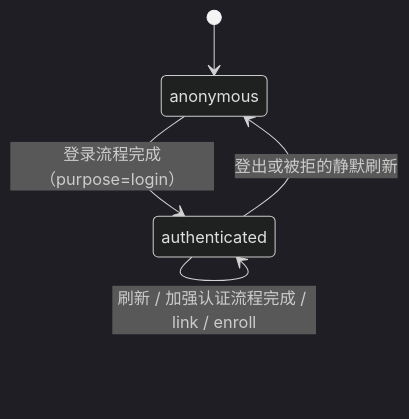
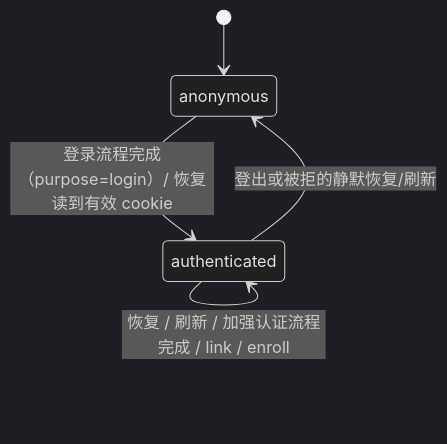
Before and after one commit to wangzw/speed: the diagram in docs/design/modules/web/design-web-auth-core.md, drawn with Mermaid (dark theme). The commit also changed other lines of this file and 22 other files, not shown here.

````diff
--- a/docs/design/modules/web/design-web-auth-core.md
+++ b/docs/design/modules/web/design-web-auth-core.md
@@ -174,7 +176,7 @@
 ```mermaid
 stateDiagram-v2
     [*] --> anonymous
-    anonymous --> authenticated : 登录流程完成（purpose=login）
-    authenticated --> authenticated : 刷新 / 加强认证流程完成 / link / enroll
-    authenticated --> anonymous : 登出或被拒的静默刷新
+    anonymous --> authenticated : 登录流程完成（purpose=login）/ 恢复读到有效 cookie
+    authenticated --> authenticated : 恢复 / 刷新 / 加强认证流程完成 / link / enroll
+    authenticated --> anonymous : 登出或被拒的静默恢复/刷新
 ```
````
